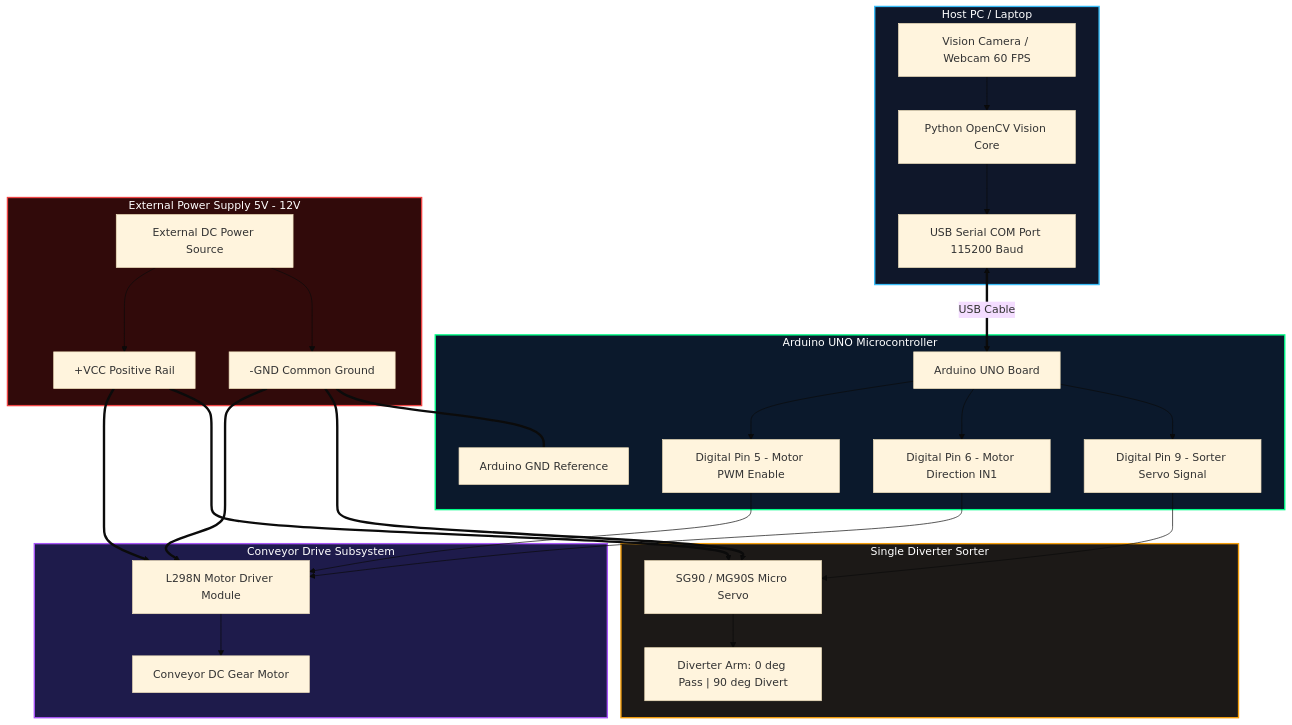
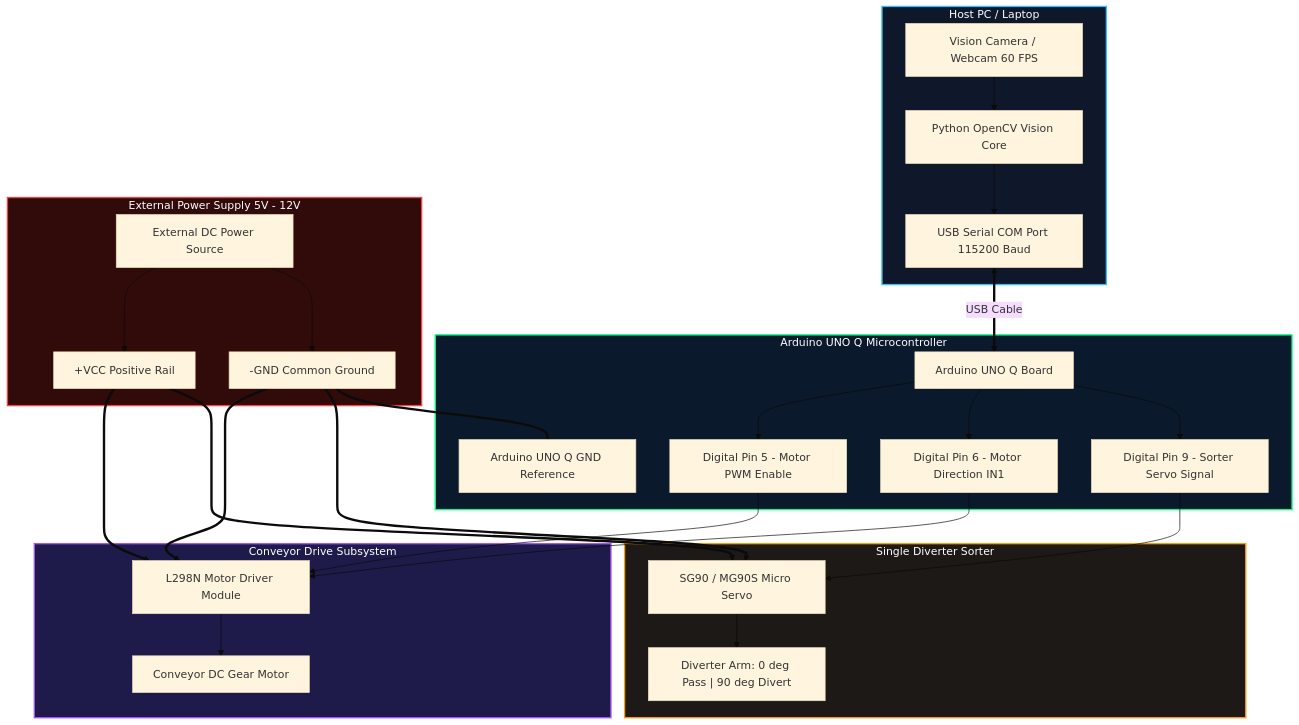
One commit to Hemanth-08-RA/Conveyor_Sorting-Using-Physical-AI changed the second of 2 diagrams in README.md. Above: the diagram before and after it, drawn with Mermaid (base theme). The commit also changed other lines of this file and 3 other files, not shown here.

Commit message:
refactor: update all references to Arduino UNO Q microcontroller across firmware, vision backend, diagrams, and documentation

````diff
--- a/README.md
+++ b/README.md
@@ -108,62 +108,62 @@
 ```mermaid
 graph TD
     subgraph Host_System ["Host PC / Laptop"]
         CAM["Vision Camera / Webcam 60 FPS"]
         OPENCV["Python OpenCV Vision Core"]
         USB_PORT["USB Serial COM Port 115200 Baud"]
         CAM --> OPENCV
         OPENCV --> USB_PORT
     end
 
-    subgraph Controller ["Arduino UNO Microcontroller"]
-        ARDUINO["Arduino UNO Board"]
+    subgraph Controller ["Arduino UNO Q Microcontroller"]
+        ARDUINO["Arduino UNO Q Board"]
         P5["Digital Pin 5 - Motor PWM Enable"]
         P6["Digital Pin 6 - Motor Direction IN1"]
         P9["Digital Pin 9 - Sorter Servo Signal"]
-        GND_A["Arduino GND Reference"]
+        GND_A["Arduino UNO Q GND Reference"]
         
         USB_PORT <== USB Cable ==> ARDUINO
         ARDUINO --> P5
         ARDUINO --> P6
         ARDUINO --> P9
     end
 
     subgraph Motor_Subsystem ["Conveyor Drive Subsystem"]
         L298N["L298N Motor Driver Module"]
         DC_MOTOR["Conveyor DC Gear Motor"]
         
         P5 --> L298N
         P6 --> L298N
         L298N --> DC_MOTOR
     end
 
     subgraph Sorter_Actuator ["Single Diverter Sorter"]
         SERVO["SG90 / MG90S Micro Servo"]
         SERVO_LEVER["Diverter Arm: 0 deg Pass | 90 deg Divert"]
         
         P9 --> SERVO
         SERVO --> SERVO_LEVER
     end
 
     subgraph Power_Supply ["External Power Supply 5V - 12V"]
         EXT_PWR["External DC Power Source"]
         PWR_POS["+VCC Positive Rail"]
         PWR_GND["-GND Common Ground"]
         
         EXT_PWR --> PWR_POS
         EXT_PWR --> PWR_GND
         
         PWR_POS ==> L298N
         PWR_POS ==> SERVO
         
         PWR_GND ==> L298N
         PWR_GND ==> SERVO
         PWR_GND === GND_A
     end
 
     style Host_System fill:#0f172a,stroke:#38bdf8,stroke-width:2px,color:#fff
     style Controller fill:#0b192c,stroke:#00ff88,stroke-width:2px,color:#fff
     style Motor_Subsystem fill:#1e1b4b,stroke:#a855f7,stroke-width:2px,color:#fff
     style Sorter_Actuator fill:#1c1917,stroke:#f59e0b,stroke-width:2px,color:#fff
     style Power_Supply fill:#310a0a,stroke:#ef4444,stroke-width:2px,color:#fff
 ```
````
